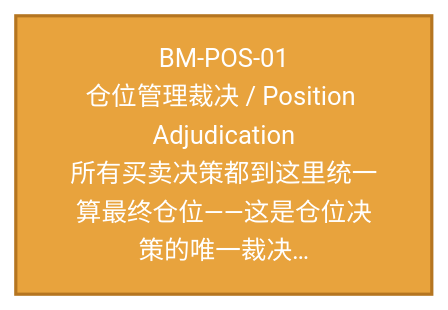
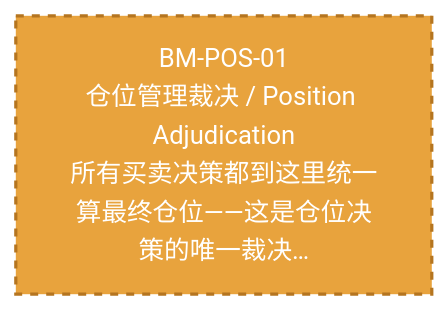
Before and after one commit to xuanFelixVan/ZephyrAlpha: the diagram in docs/02_enterprise_architecture/07_trading_decision_architecture/battle_map/battle_map_04_position_management.md, drawn with Mermaid (forest theme). The commit also changed other lines of this file and 9 other files, not shown here.

````diff
--- a/docs/02_enterprise_architecture/07_trading_decision_architecture/battle_map/battle_map_04_position_management.md
+++ b/docs/02_enterprise_architecture/07_trading_decision_architecture/battle_map/battle_map_04_position_management.md
@@ -15,9 +15,10 @@
 ```mermaid
 %% 仓位阶段图
 flowchart LR
     BM_POS_01["BM-POS-01\n仓位管理裁决 / Position Adjudication\n所有买卖决策都到这里统一算最终仓位——这是仓位决策的唯一裁决…"]:::design
 classDef production fill:#4A90D9,stroke:#2C5F8A,color:#fff,stroke-width:2px;
-classDef design fill:#E8A33D,stroke:#B57520,color:#fff,stroke-width:2px;
-classDef deprecated fill:#999999,stroke:#666666,color:#fff,stroke-width:2px;
-classDef missing fill:#fff,stroke:#D93636,color:#D93636,stroke-width:3px;
+classDef design fill:#E8A33D,stroke:#B57520,color:#fff,stroke-width:2px,stroke-dasharray: 5 5;
+classDef deprecated fill:#D93636,stroke:#A02020,color:#fff,stroke-width:2px;
+classDef missing fill:#BBBBBB,stroke:#888888,color:#fff,stroke-width:2px;
+classDef candidate fill:#F4D03F,stroke:#B7950B,color:#000,stroke-width:2px;
 ```
````
